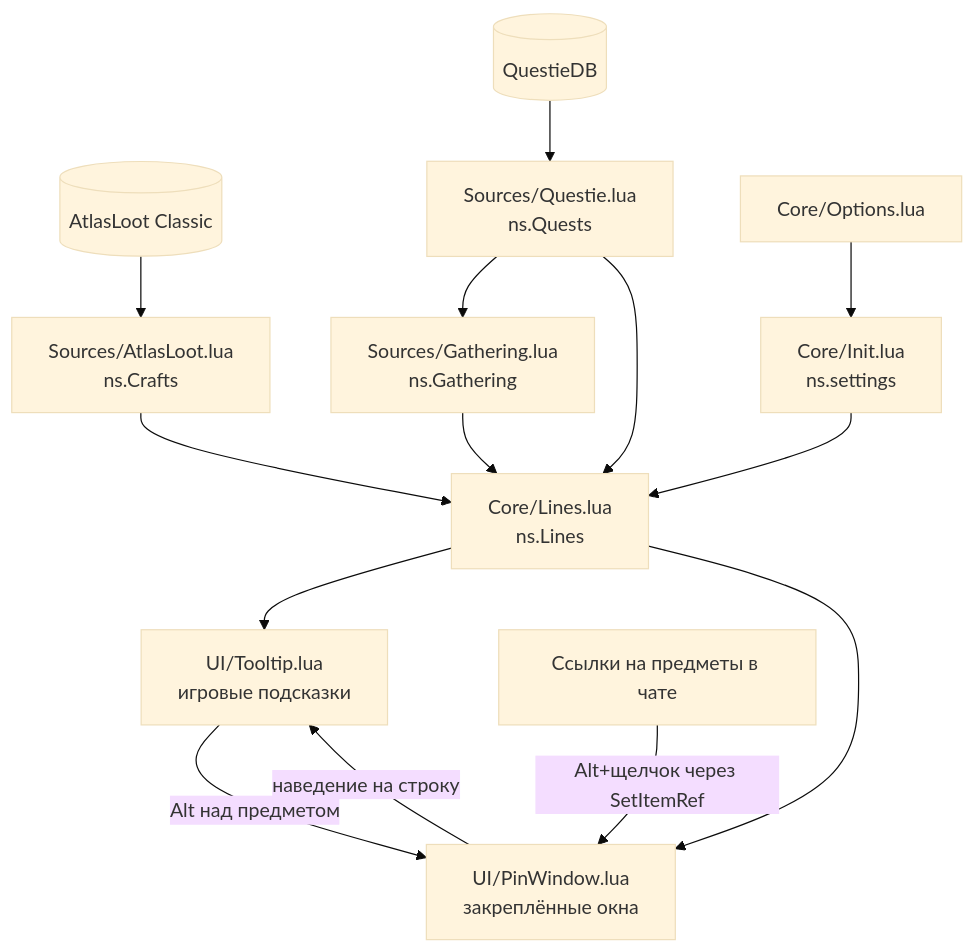
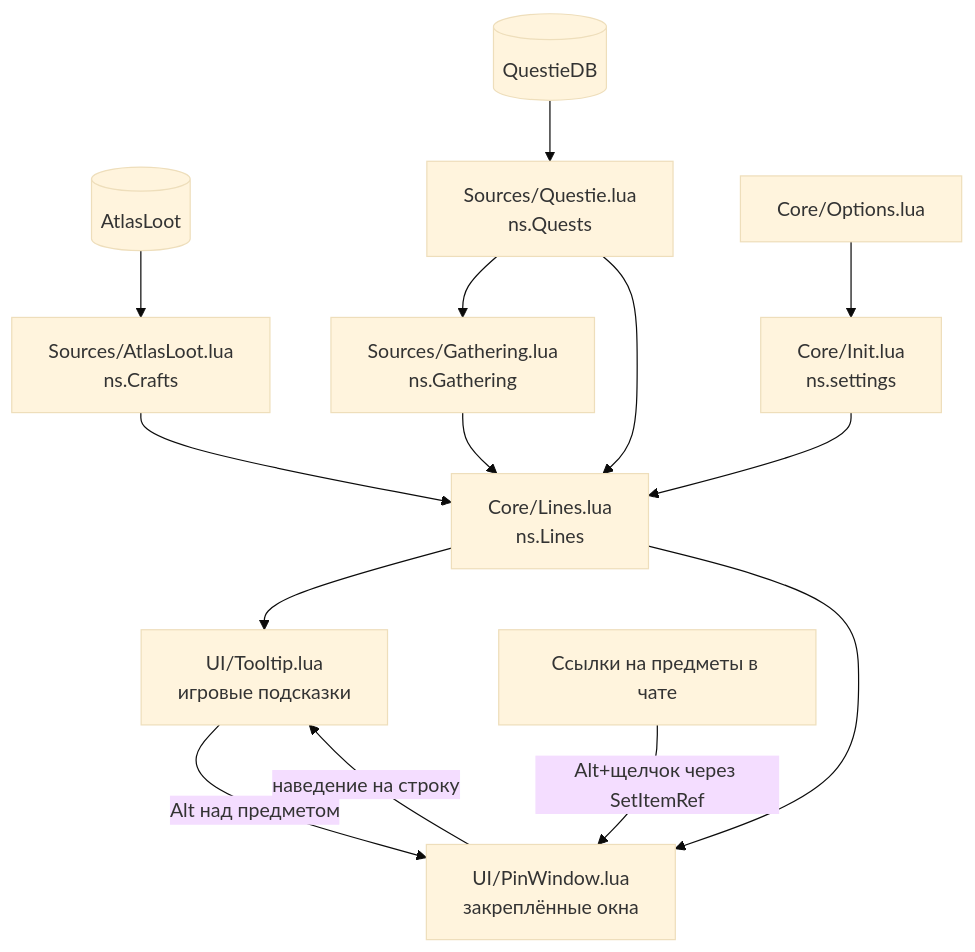
The first of 2 diagrams in docs/ARCHITECTURE.ru.md (ReSenpai/craft-compass), drawn with Mermaid (base theme) before and after one commit. The commit also changed other lines of this file and 12 other files, not shown here.

First line of the commit message:
Work with AtlasLoot Continued as well

````diff
--- a/docs/ARCHITECTURE.ru.md
+++ b/docs/ARCHITECTURE.ru.md
@@ -42,16 +43,16 @@
 ```mermaid
 flowchart TD
-    AL[(AtlasLoot Classic)] --> Crafts[Sources/AtlasLoot.lua<br>ns.Crafts]
+    AL[(AtlasLoot)] --> Crafts[Sources/AtlasLoot.lua<br>ns.Crafts]
     QDB[(QuestieDB)] --> Quests[Sources/Questie.lua<br>ns.Quests]
     Quests --> Gathering[Sources/Gathering.lua<br>ns.Gathering]
     Gathering --> Lines
     Crafts --> Lines[Core/Lines.lua<br>ns.Lines]
     Quests --> Lines
     Settings[Core/Init.lua<br>ns.settings] --> Lines
     Lines --> Tooltip[UI/Tooltip.lua<br>игровые подсказки]
     Lines --> PinWindow[UI/PinWindow.lua<br>закреплённые окна]
     Tooltip -- "Alt над предметом" --> PinWindow
     PinWindow -- "наведение на строку" --> Tooltip
     Chat[Ссылки на предметы в чате] -- "Alt+щелчок через SetItemRef" --> PinWindow
     Options[Core/Options.lua] --> Settings
 ```
````
